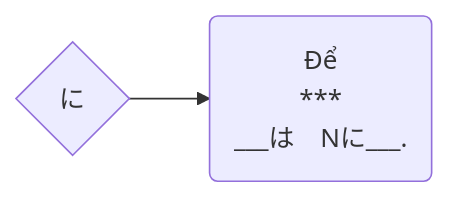
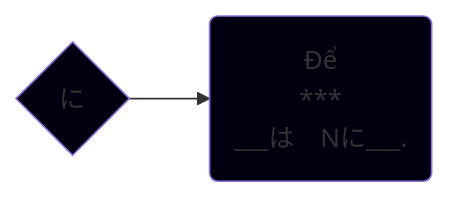
The diagram in TroTu/に.md (tea1504/learn), drawn with Mermaid before and after one commit. The commit also changed 12 other files, not shown here.

````diff
--- a/TroTu/に.md
+++ b/TroTu/に.md
@@ -1,6 +1,9 @@
 ```mermaid
 graph LR;
-	ni{に}
+	tt{に}
 
-	ni-->de(Để\n***\n___は　Nに___.)
+	tt-->de(Để\n***\n___は　Nに___.)
+
+	style tt fill:#001
+	style de fill:#001
 ```
````
